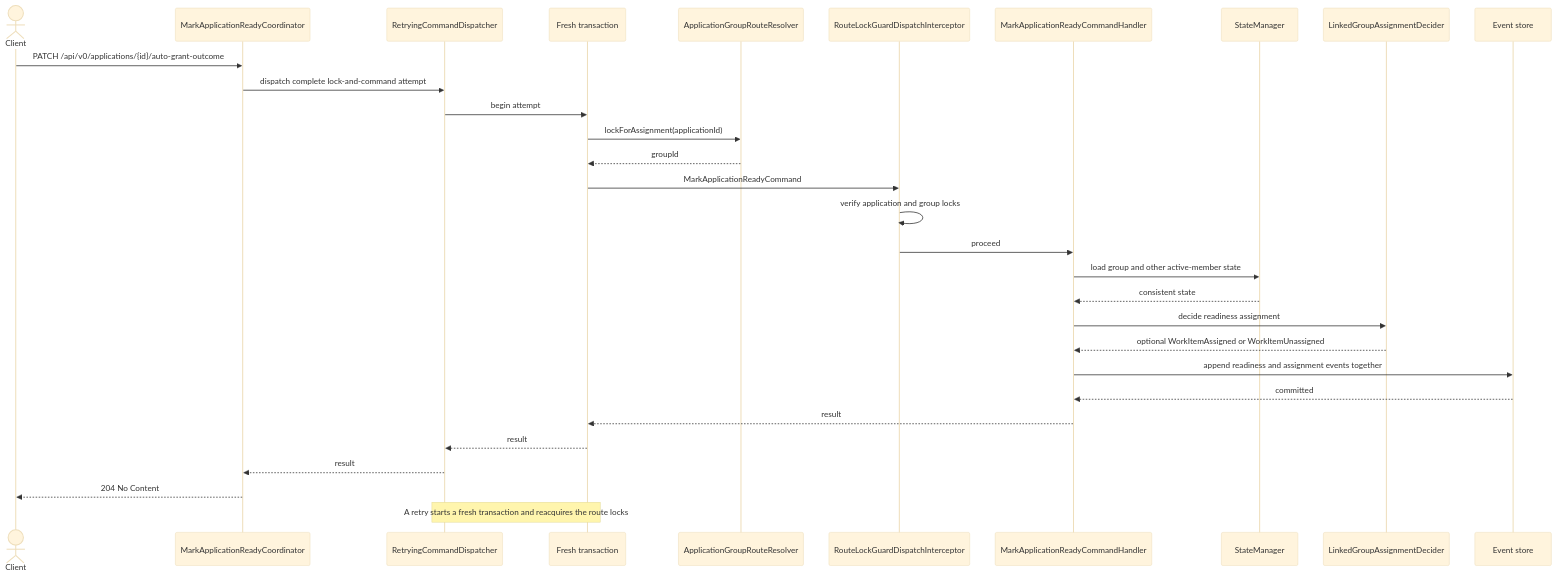
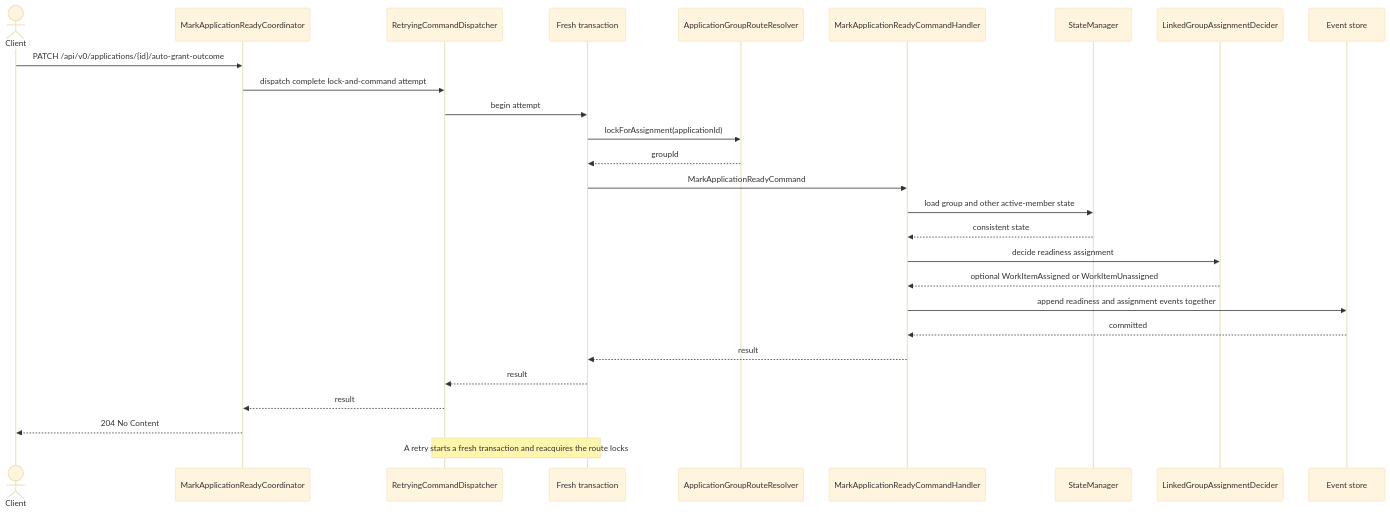
Before and after one commit to ministryofjustice/laa-data-access-api: the third of 3 diagrams in data-access-service-axon/docs/sequence-diagrams/05-linked-group-assignment.md, drawn with Mermaid (base theme). The commit also changed other lines of this file and 16 other files, not shown here.

First line of the commit message:
refactor(linked-groups): replace runtime route-lock guard with ArchUnit rule

````diff
--- a/data-access-service-axon/docs/sequence-diagrams/05-linked-group-assignment.md
+++ b/data-access-service-axon/docs/sequence-diagrams/05-linked-group-assignment.md
@@ -74,33 +71,30 @@
 ```mermaid
 sequenceDiagram
     actor Client
     participant Coordinator as MarkApplicationReadyCoordinator
     participant Retry as RetryingCommandDispatcher
     participant Transaction as Fresh transaction
     participant Resolver as ApplicationGroupRouteResolver
-    participant Guard as RouteLockGuardDispatchInterceptor
     participant Handler as MarkApplicationReadyCommandHandler
     participant StateManager
     participant Decider as LinkedGroupAssignmentDecider
     participant EventStore as Event store
 
     Client->>Coordinator: PATCH /api/v0/applications/{id}/auto-grant-outcome
     Coordinator->>Retry: dispatch complete lock-and-command attempt
     Retry->>Transaction: begin attempt
     Transaction->>Resolver: lockForAssignment(applicationId)
     Resolver-->>Transaction: groupId
-    Transaction->>Guard: MarkApplicationReadyCommand
-    Guard->>Guard: verify application and group locks
-    Guard->>Handler: proceed
+    Transaction->>Handler: MarkApplicationReadyCommand
     Handler->>StateManager: load group and other active-member state
     StateManager-->>Handler: consistent state
     Handler->>Decider: decide readiness assignment
     Decider-->>Handler: optional WorkItemAssigned or WorkItemUnassigned
     Handler->>EventStore: append readiness and assignment events together
     EventStore-->>Handler: committed
     Handler-->>Transaction: result
     Transaction-->>Retry: result
     Retry-->>Coordinator: result
     Coordinator-->>Client: 204 No Content
     Note over Retry,Transaction: A retry starts a fresh transaction and reacquires the route locks
 ```
````
